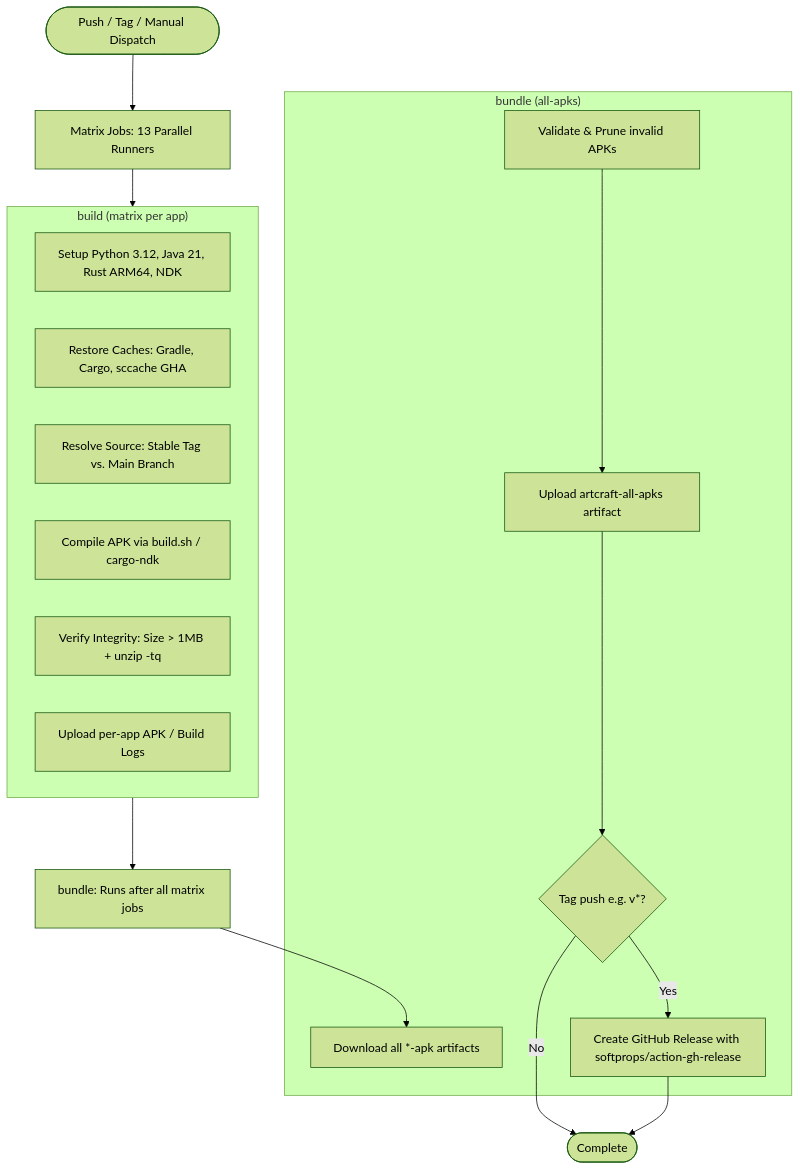
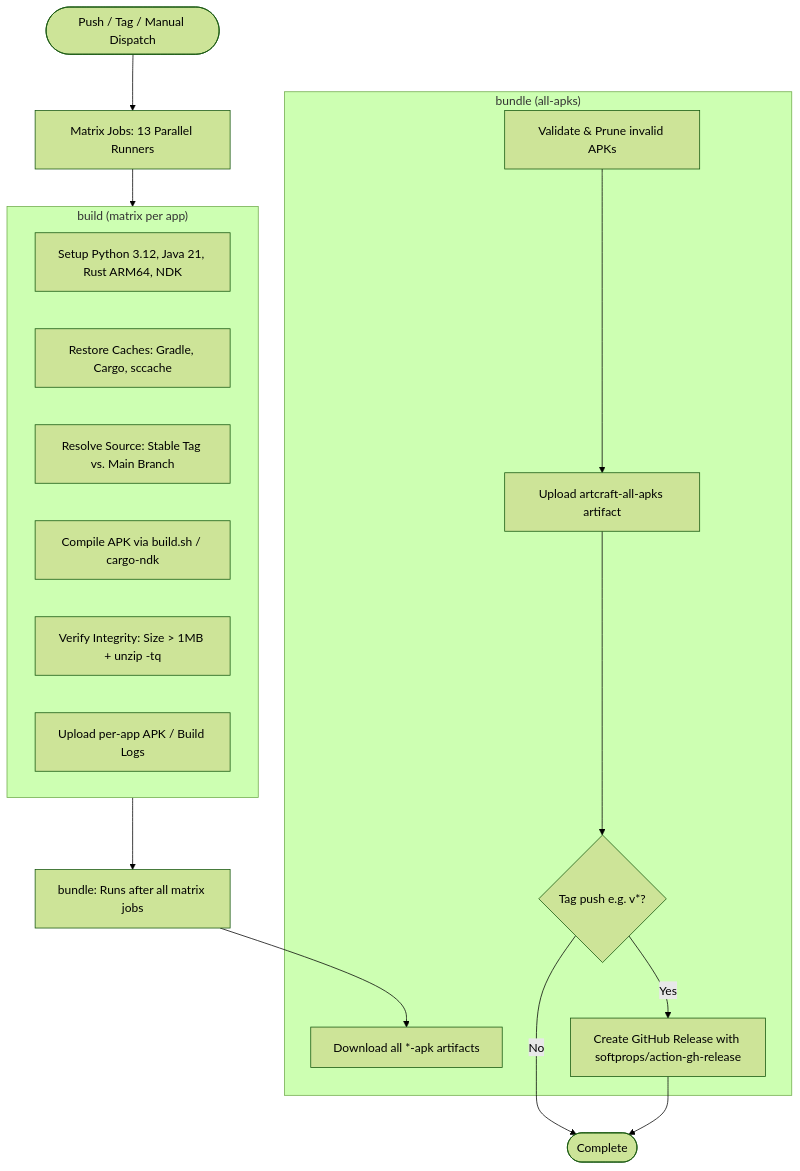
Before and after one commit to MostafaXS1/artcraft-android: the diagram in docs/ci-workflow.md, drawn with Mermaid (forest theme). The commit also changed other lines of this file and 1 other file, not shown here.

Commit message:
ci: remove legacy SCCACHE_GHA_ENABLED from build step to use local disk cache

````diff
--- a/docs/ci-workflow.md
+++ b/docs/ci-workflow.md
@@ -11,31 +11,31 @@
 ```mermaid
 flowchart TD
     Trigger([Push / Tag / Manual Dispatch]) --> Matrix[Matrix Jobs: 13 Parallel Runners]
     
     subgraph BuildJob ["build (matrix per app)"]
         SetupToolchain[Setup Python 3.12, Java 21, Rust ARM64, NDK]
-        RestoreCaches[Restore Caches: Gradle, Cargo, sccache GHA]
+        RestoreCaches[Restore Caches: Gradle, Cargo, sccache]
         ResolveSource[Resolve Source: Stable Tag vs. Main Branch]
         CompileApp[Compile APK via build.sh / cargo-ndk]
         VerifyAPK[Verify Integrity: Size &gt; 1MB + unzip -tq]
         UploadAppArtifact[Upload per-app APK / Build Logs]
     end
 
     Matrix --> BuildJob
     BuildJob --> BundleJob[bundle: Runs after all matrix jobs]
 
     subgraph BundleJobRun ["bundle (all-apks)"]
         DownloadAll[Download all *-apk artifacts]
         PruneBad[Validate &amp; Prune invalid APKs]
         UploadAllBundle[Upload artcraft-all-apks artifact]
         TagCheck{Tag push e.g. v*?}
         CreateRelease[Create GitHub Release with softprops/action-gh-release]
     end
 
     BundleJob --> DownloadAll
     PruneBad --> UploadAllBundle
     UploadAllBundle --> TagCheck
     TagCheck -- Yes --> CreateRelease
     TagCheck -- No --> Done([Complete])
     CreateRelease --> Done
 ```
````
